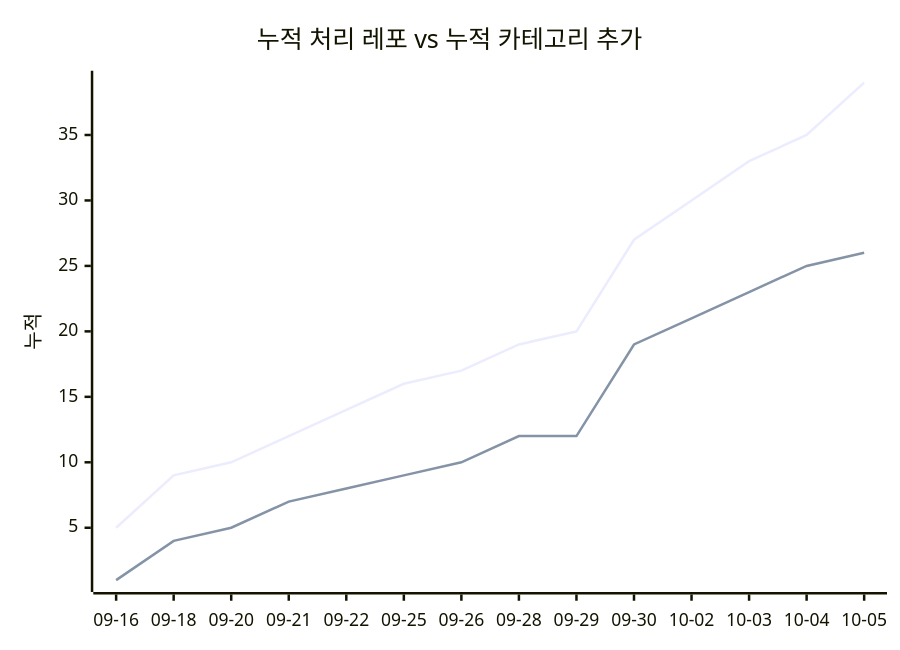
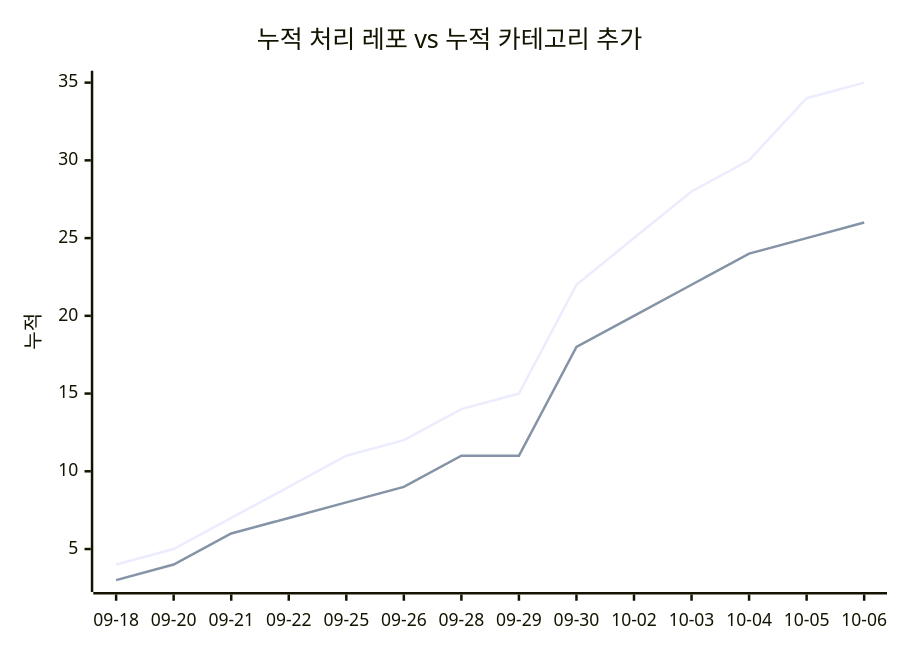
The second of 2 diagrams in docs/trends.md (J-nowcow/awesome-korean-agent-skills), drawn with Mermaid before and after one commit. The commit also changed other lines of this file and 27 other files, not shown here.

````diff
--- a/docs/trends.md
+++ b/docs/trends.md
@@ -68,8 +68,8 @@
 ```mermaid
 xychart-beta
     title "누적 처리 레포 vs 누적 카테고리 추가"
-    x-axis ["09-16","09-18","09-20","09-21","09-22","09-25","09-26","09-28","09-29","09-30","10-02","10-03","10-04","10-05"]
+    x-axis ["09-18","09-20","09-21","09-22","09-25","09-26","09-28","09-29","09-30","10-02","10-03","10-04","10-05","10-06"]
     y-axis "누적"
-    line [5,9,10,12,14,16,17,19,20,27,30,33,35,39]
-    line [1,4,5,7,8,9,10,12,12,19,21,23,25,26]
+    line [4,5,7,9,11,12,14,15,22,25,28,30,34,35]
+    line [3,4,6,7,8,9,11,11,18,20,22,24,25,26]
 ```
````
